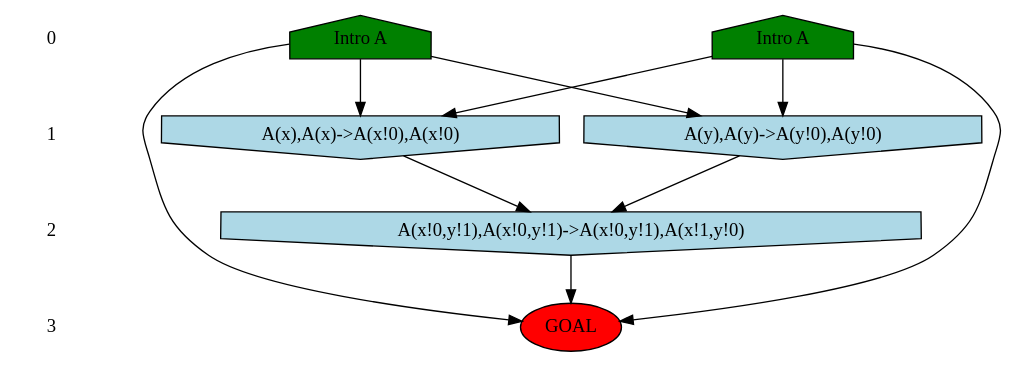
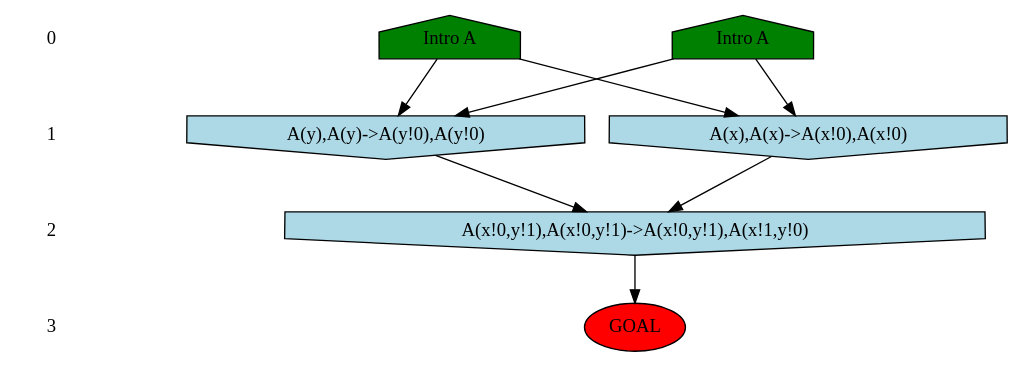
One commit to Kappa-Dev/KappaTools changed the diagram in models/cflows/link_swapping/expected-output/cflowWeakly_0.dot. Above: the diagram before and after it, drawn with Graphviz. The commit also changed 22 other files, not shown here.

Commit message:
Causal flows: Remove spurious Modify node for site not having internal states in Introduction events.

```diff
--- a/models/cflows/link_swapping/expected-output/cflowWeakly_0.dot
+++ b/models/cflows/link_swapping/expected-output/cflowWeakly_0.dot
@@ -1,30 +1,28 @@
 /* Compression of 2 causal flows obtained in average at 6.516777E-01 t.u */
 /* Compressed causal flows were: [2;1] */
 digraph G{
  ranksep=.5 ; 
 { rank = same ; "0" [shape=plaintext] ; node_1 [label ="Intro A", shape=house, style=filled, fillcolor=green] ;
 node_2 [label ="Intro A", shape=house, style=filled, fillcolor=green] ;
 }
 { rank = same ; "1" [shape=plaintext] ; node_3 [label="A(y),A(y)->A(y!0),A(y!0)", shape=invhouse, style=filled, fillcolor = lightblue] ;
 node_4 [label="A(x),A(x)->A(x!0),A(x!0)", shape=invhouse, style=filled, fillcolor = lightblue] ;
 }
 { rank = same ; "2" [shape=plaintext] ; node_5 [label="A(x!0,y!1),A(x!0,y!1)->A(x!0,y!1),A(x!1,y!0)", shape=invhouse, style=filled, fillcolor = lightblue] ;
 }
 { rank = same ; "3" [shape=plaintext] ; node_6 [label ="GOAL", style=filled, fillcolor=red] ;
 }
 "0" -> "1" [style="invis"]; 
 "1" -> "2" [style="invis"]; 
 "2" -> "3" [style="invis"]; 
 node_1 -> node_3
 node_2 -> node_3
 node_1 -> node_4
 node_2 -> node_4
 node_3 -> node_5
 node_4 -> node_5
-node_1 -> node_6
-node_2 -> node_6
 node_5 -> node_6
 }
 /*
  Dot generation time: 0.000000
 */
```
